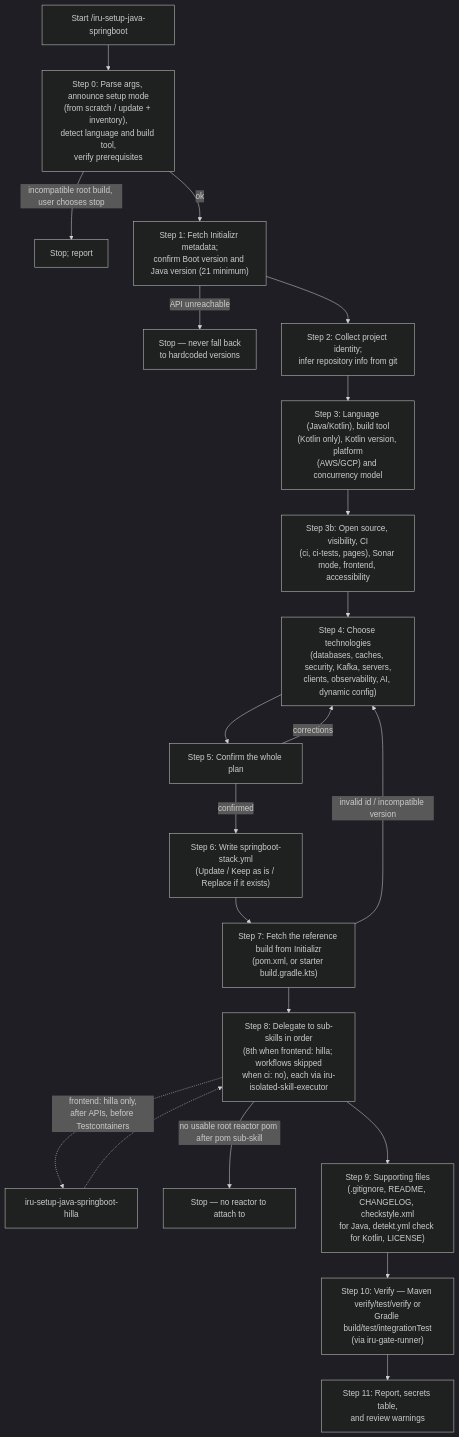
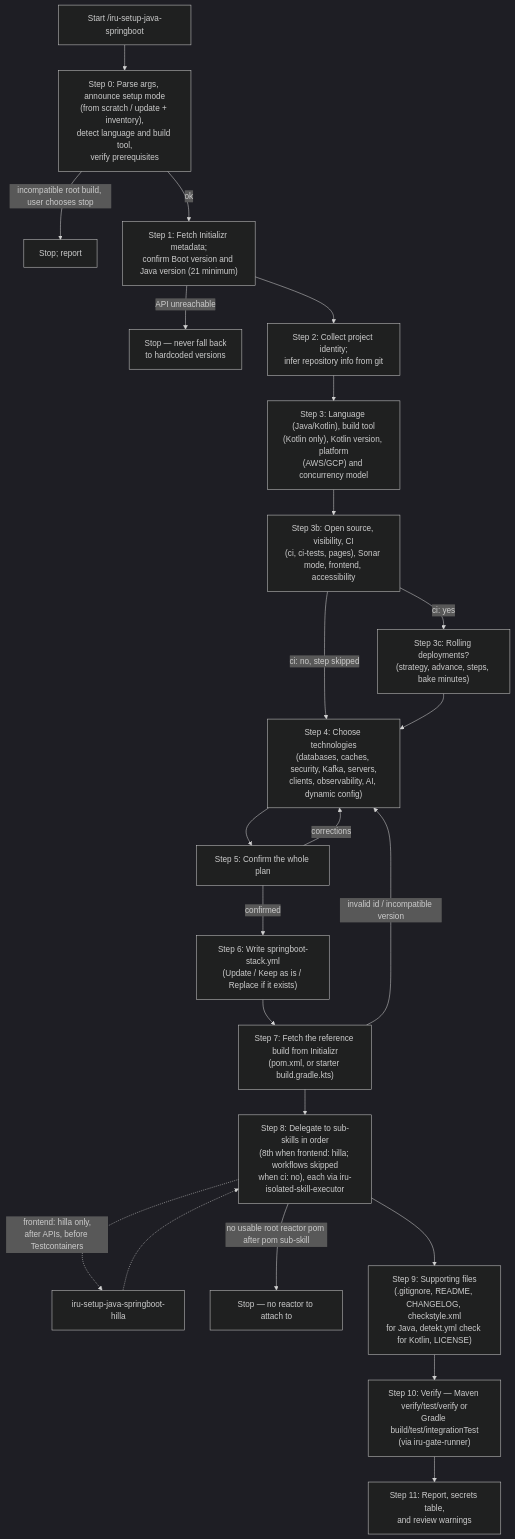
The diagram in docs/modules/ROOT/pages/skills/iru-setup-java-springboot.adoc (albertoirurueta/ai-catalog), drawn with Mermaid (dark theme) before and after one commit. The commit also changed other lines of this file and 16 other files, not shown here.

First line of the commit message:
Support blue/green rolling deployments (#15) (#31)

```diff
--- a/docs/modules/ROOT/pages/skills/iru-setup-java-springboot.adoc
+++ b/docs/modules/ROOT/pages/skills/iru-setup-java-springboot.adoc
@@ -318,24 +340,26 @@
 [mermaid]
 ....
 flowchart TD
     A["Start /iru-setup-java-springboot"] --> B["Step 0: Parse args, announce setup mode\n(from scratch / update + inventory),\ndetect language and build tool,\nverify prerequisites"]
     B -- incompatible root build, user chooses stop --> STOP[Stop; report]
     B -- ok --> C["Step 1: Fetch Initializr metadata;\nconfirm Boot version and Java version (21 minimum)"]
     C -- API unreachable --> STOP2["Stop — never fall back\nto hardcoded versions"]
     C --> D["Step 2: Collect project identity;\ninfer repository info from git"]
     D --> E["Step 3: Language (Java/Kotlin), build tool\n(Kotlin only), Kotlin version, platform\n(AWS/GCP) and concurrency model"]
     E --> EB["Step 3b: Open source, visibility, CI\n(ci, ci-tests, pages), Sonar mode, frontend, accessibility"]
-    EB --> F["Step 4: Choose technologies\n(databases, caches, security, Kafka, servers,\nclients, observability, AI, dynamic config)"]
+    EB -- "ci: yes" --> EC["Step 3c: Rolling deployments?\n(strategy, advance, steps, bake minutes)"]
+    EB -- "ci: no, step skipped" --> F
+    EC --> F["Step 4: Choose technologies\n(databases, caches, security, Kafka, servers,\nclients, observability, AI, dynamic config)"]
     F --> G["Step 5: Confirm the whole plan"]
     G -- corrections --> F
     G -- confirmed --> H["Step 6: Write springboot-stack.yml\n(Update / Keep as is / Replace if it exists)"]
     H --> I["Step 7: Fetch the reference build from Initializr\n(pom.xml, or starter build.gradle.kts)"]
     I -- invalid id / incompatible version --> F
     I --> J["Step 8: Delegate to sub-skills in order\n(8th when frontend: hilla; workflows skipped\nwhen ci: no), each via iru-isolated-skill-executor"]
     J -.->|"frontend: hilla only,\nafter APIs, before Testcontainers"| JH["iru-setup-java-springboot-hilla"]
     JH -.-> J
     J -- no usable root reactor pom after pom sub-skill --> STOP3["Stop — no reactor to attach to"]
     J --> K["Step 9: Supporting files\n(.gitignore, README, CHANGELOG, checkstyle.xml\nfor Java, detekt.yml check for Kotlin, LICENSE)"]
     K --> L["Step 10: Verify — Maven verify/test/verify or\nGradle build/test/integrationTest\n(via iru-gate-runner)"]
     L --> M["Step 11: Report, secrets table,\nand review warnings"]
 ....
```
